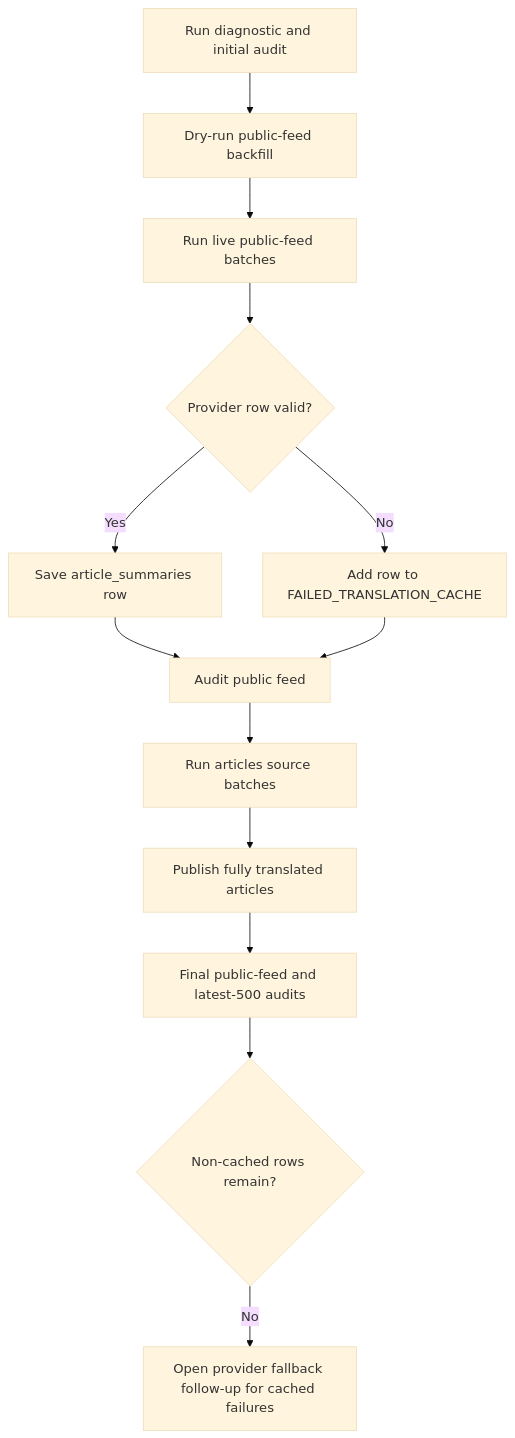
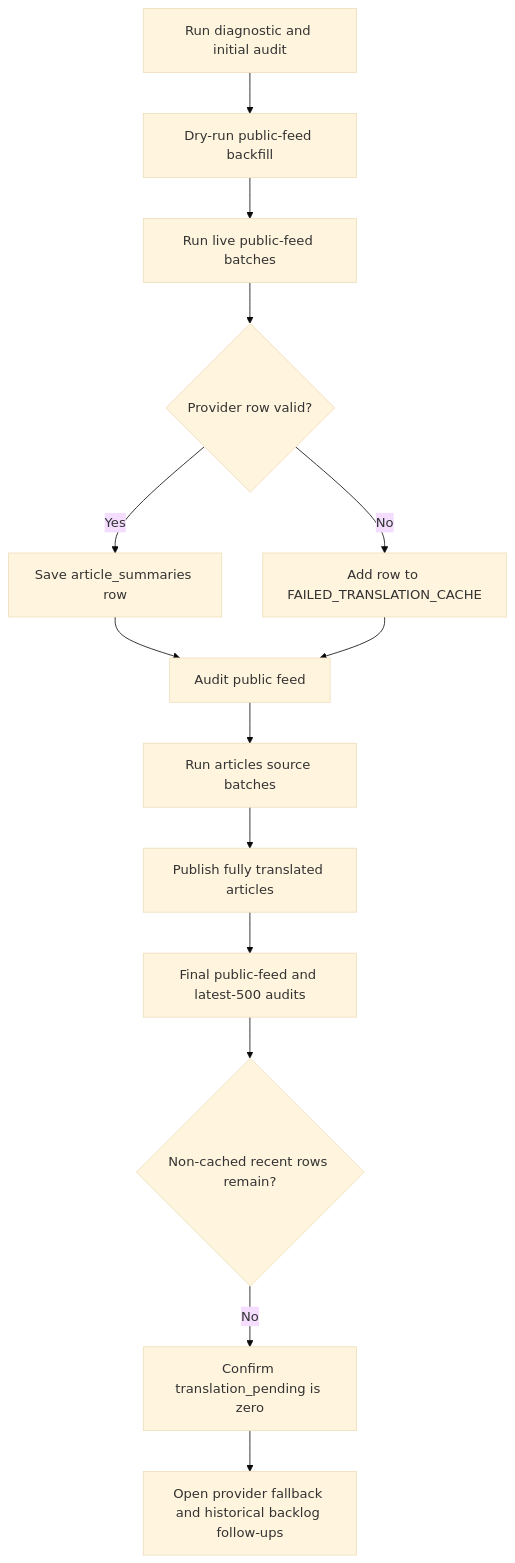
The diagram in reports/translations/nutsnews-issue-282-final-audit.md (ramideltoro/nutsnews-docs), drawn with Mermaid (base theme) before and after one commit. The commit also changed other lines of this file and 2 other files, not shown here.

Commit message:
Update article translation backfill audit totals

````diff
--- a/reports/translations/nutsnews-issue-282-final-audit.md
+++ b/reports/translations/nutsnews-issue-282-final-audit.md
@@ -76,15 +98,16 @@
 ```mermaid
 flowchart TD
   A[Run diagnostic and initial audit] --> B[Dry-run public-feed backfill]
   B --> C[Run live public-feed batches]
   C --> D{Provider row valid?}
   D -->|Yes| E[Save article_summaries row]
   D -->|No| F[Add row to FAILED_TRANSLATION_CACHE]
   E --> G[Audit public feed]
   F --> G
   G --> H[Run articles source batches]
   H --> I[Publish fully translated articles]
   I --> J[Final public-feed and latest-500 audits]
-  J --> K{Non-cached rows remain?}
-  K -->|No| L[Open provider fallback follow-up for cached failures]
+  J --> K{Non-cached recent rows remain?}
+  K -->|No| L[Confirm translation_pending is zero]
+  L --> M[Open provider fallback and historical backlog follow-ups]
 ```
````
